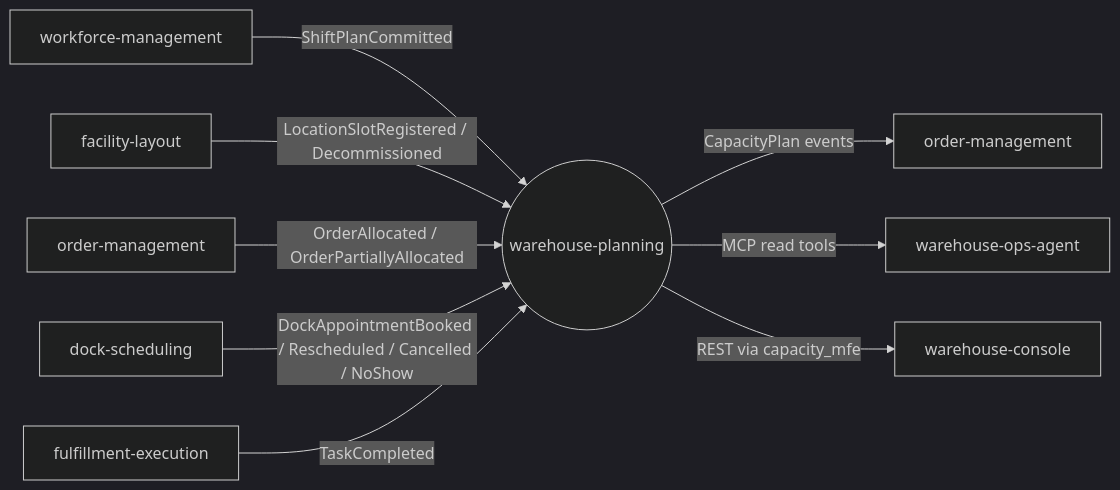
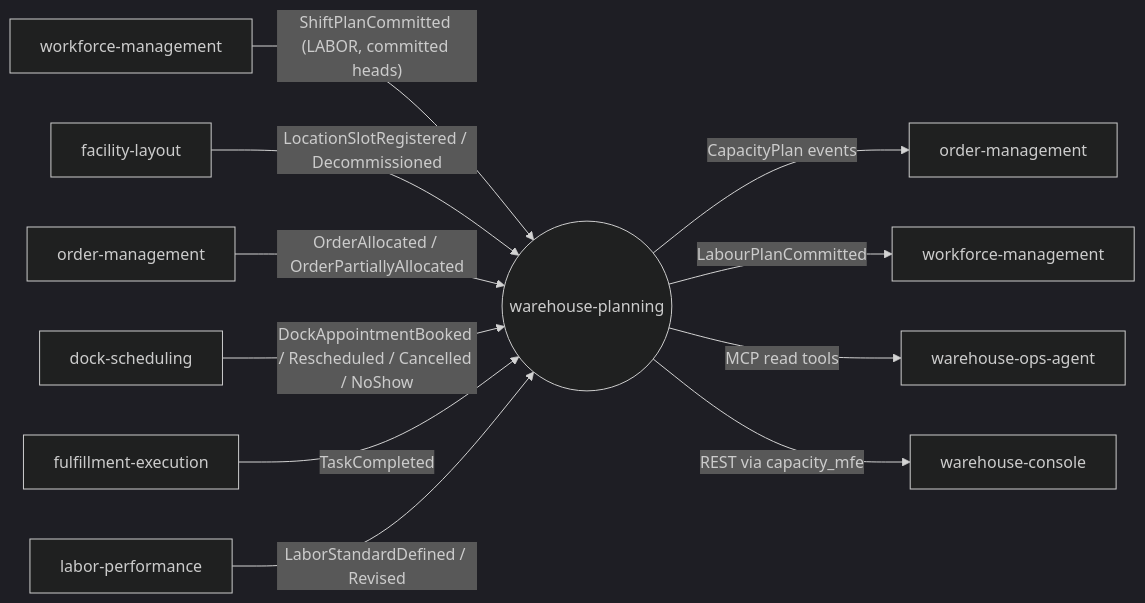
The diagram in docs/docs/overview/context.md (IQVO/warehouse-planning), drawn with Mermaid (dark theme) before and after one commit. The commit also changed other lines of this file and 10 other files, not shown here.

````diff
--- a/docs/docs/overview/context.md
+++ b/docs/docs/overview/context.md
@@ -24,12 +36,14 @@
 ```mermaid
 flowchart LR
-  WFM[workforce-management] -- "ShiftPlanCommitted" --> WP
+  WFM[workforce-management] -- "ShiftPlanCommitted (LABOR, committed heads)" --> WP
   FL[facility-layout] -- "LocationSlotRegistered / Decommissioned" --> WP
   OMIN[order-management] -- "OrderAllocated / OrderPartiallyAllocated" --> WP
   DS[dock-scheduling] -- "DockAppointmentBooked / Rescheduled / Cancelled / NoShow" --> WP
   FE[fulfillment-execution] -- "TaskCompleted" --> WP
+  LPF[labor-performance] -- "LaborStandardDefined / Revised" --> WP
   WP((warehouse-planning))
   WP -- "CapacityPlan events" --> OM[order-management]
+  WP -- "LabourPlanCommitted" --> WFMD[workforce-management]
   WP -- "MCP read tools" --> OPS[warehouse-ops-agent]
   WP -- "REST via capacity_mfe" --> CON[warehouse-console]
 ```
````
